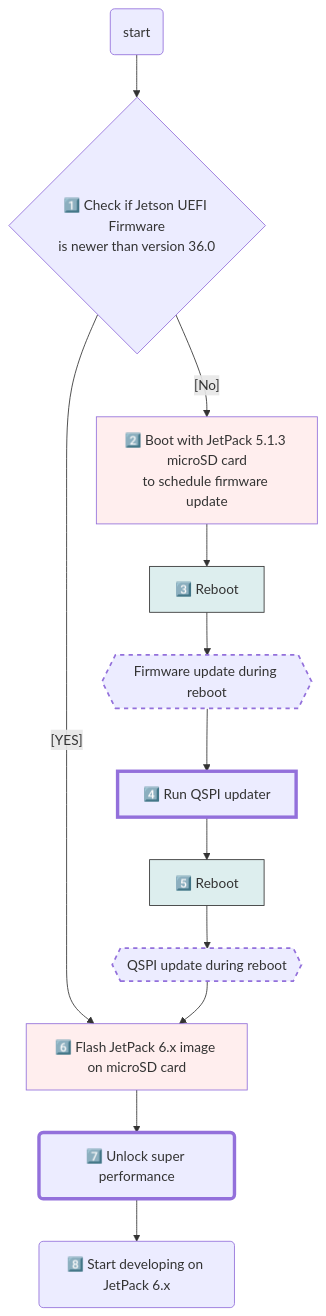
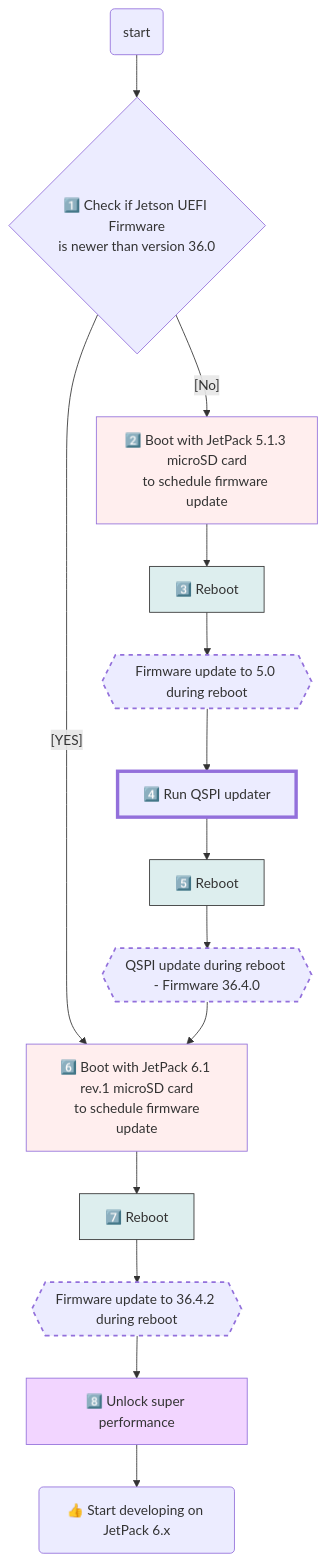
One commit to NVIDIA-AI-IOT/jetson-generative-ai-playground changed the second of 2 diagrams in docs/initial_setup_jon.md. Above: the diagram before and after it, drawn with Mermaid. The commit also changed other lines of this file and 2 other files, not shown here.

Commit message:
Add one more reboot step for fw 36.4.2

````diff
--- a/docs/initial_setup_jon.md
+++ b/docs/initial_setup_jon.md
@@ -81,20 +81,25 @@
     ```mermaid
     flowchart
         A(start) --> B{1️⃣ Check if Jetson UEFI Firmware<br>is newer than version 36.0}
-        B --[YES] --> O[6️⃣ Flash JetPack 6.x image on microSD card]
+        B --[YES] --> O[6️⃣ Boot with JetPack 6.1 rev.1 microSD card<br> to schedule firmware update]
         B --[No] --> C[2️⃣ Boot with JetPack 5.1.3 microSD card<br>to schedule firmware update]
-        C --> D[3️⃣ Reboot] --> E{{Firmware update during reboot}}
-        E --> F[4️⃣ Run QSPI updater] --> G[5️⃣ Reboot] --> H{{QSPI update during reboot}}
+        C --> D[3️⃣ Reboot] --> E{{Firmware update to 5.0 during reboot}}
+        E --> F[4️⃣ Run QSPI updater] --> G[5️⃣ Reboot] --> H{{QSPI update during reboot - Firmware 36.4.0}}
         H --> O
-        O --> Q(7️⃣ Unlock super performance) 
-        Q --> P(8️⃣ Start developing on JetPack 6.x) 
+        O --> P[7️⃣ Reboot]
+        P --> Q{{Firmware update to 36.4.2 during reboot}}
+        Q --> R[8️⃣ Unlock super performance] 
+        R --> S(👍 Start developing on JetPack 6.x) 
+        
 
         style C fill:#fee
         style D fill:#DEE,stroke:#333
+        style E stroke-width:2px,stroke-dasharray: 5 5
+        style F stroke-width:4px
         style G fill:#DEE,stroke:#333
-        style F stroke-width:4px
-        style E stroke-width:2px,stroke-dasharray: 5 5
         style H stroke-width:2px,stroke-dasharray: 5 5
         style O fill:#fee
-        style Q stroke-width:4px
+        style P fill:#DEE,stroke:#333
+        style Q stroke-width:2px,stroke-dasharray: 5 5
+        style R fill:#f2d5ff
     ```
````
